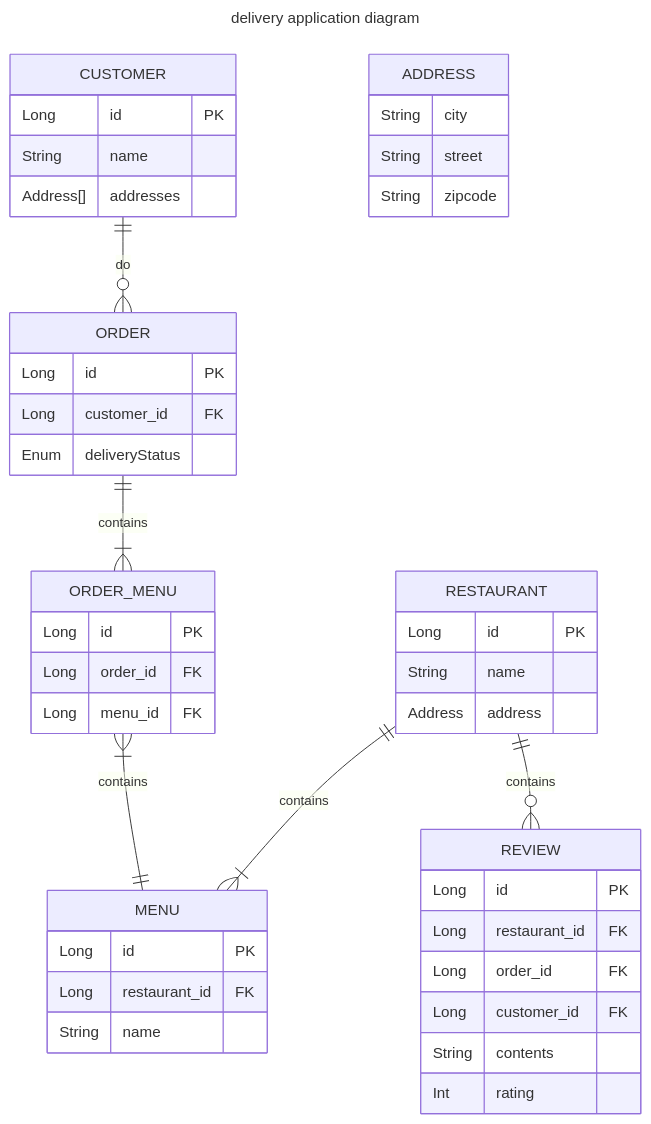
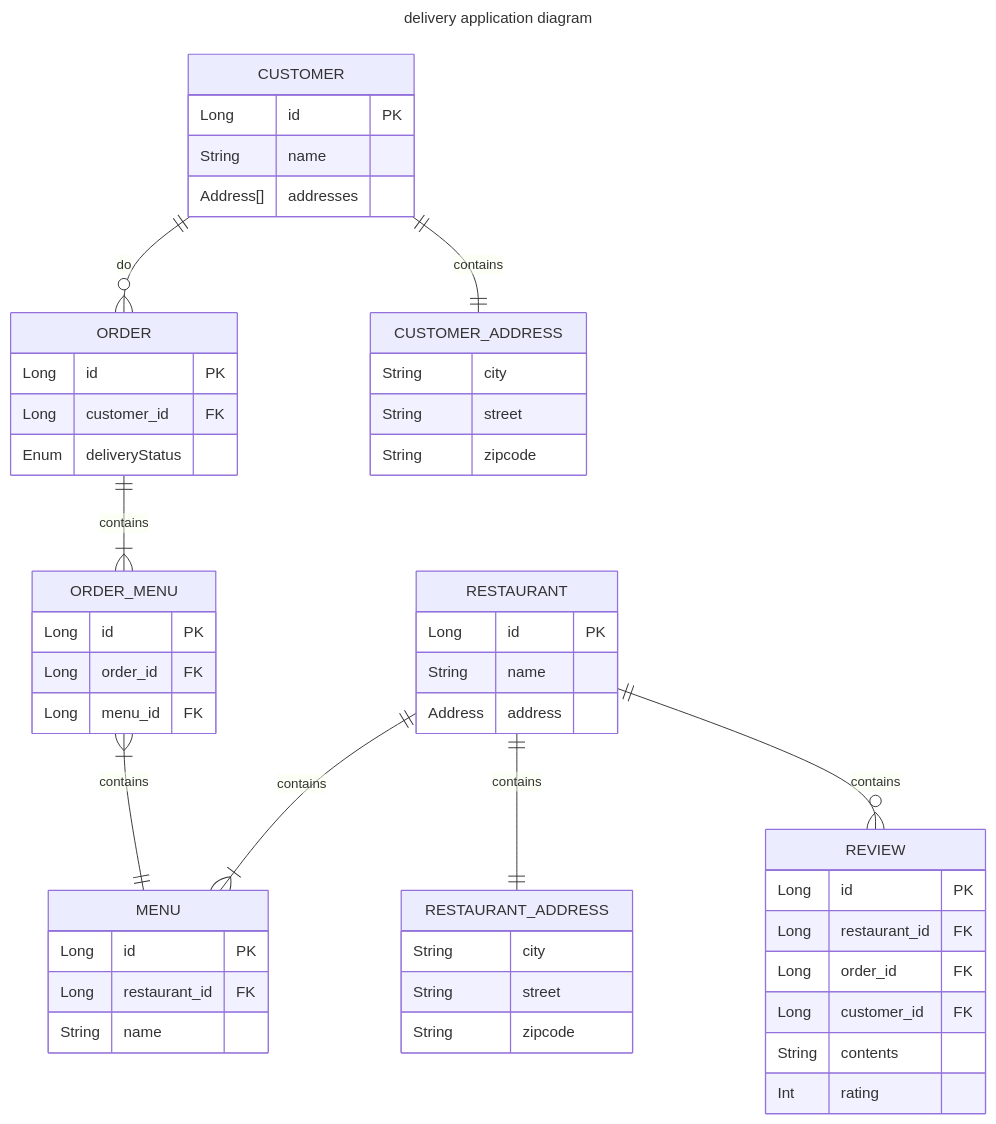
The diagram in inbox/delivery app sample.md (songkg7/haril-vault), drawn with Mermaid before and after one commit. The commit also changed other lines of this file and 5 other files, not shown here.

````diff
--- a/inbox/delivery app sample.md
+++ b/inbox/delivery app sample.md
@@ -29,50 +29,57 @@
 ```mermaid
 ---
 title: delivery application diagram
 ---
 erDiagram
+    CUSTOMER ||--|| CUSTOMER_ADDRESS : contains
     CUSTOMER ||--o{ ORDER : do
     CUSTOMER {
         Long id PK
         String name
         Address[] addresses
     }
     ORDER ||--|{ ORDER_MENU : contains
     ORDER {
         Long id PK
         Long customer_id FK
         Enum deliveryStatus
     }
     RESTAURANT ||--o{ REVIEW : contains
-    ADDRESS {
+    CUSTOMER_ADDRESS {
         String city
         String street
         String zipcode
     }
 
     REVIEW {
         Long id PK
         Long restaurant_id FK
         Long order_id FK
         Long customer_id FK
         String contents
         Int rating
     }
+    RESTAURANT ||--|| RESTAURANT_ADDRESS : contains
     RESTAURANT ||--|{ MENU : contains
     RESTAURANT {
         Long id PK
         String name
         Address address
+    }
+    RESTAURANT_ADDRESS {
+        String city
+        String street
+        String zipcode
     }
     MENU {
         Long id PK
         Long restaurant_id FK
         String name
     }
     ORDER_MENU {
         Long id PK
         Long order_id FK
         Long menu_id FK
     }
     ORDER_MENU }|--|| MENU : contains
 ```
````
